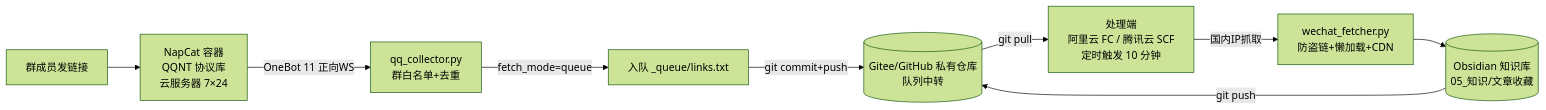
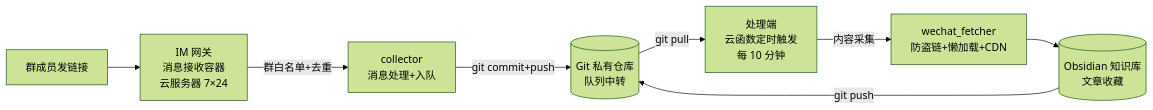
Before and after one commit to Ciphercici/FDE_labkb: the diagram in README.md, drawn with Mermaid (forest theme). The commit also changed other lines of this file and 8 other files, not shown here.

````diff
--- a/README.md
+++ b/README.md
@@ -19,11 +20,10 @@
 ```mermaid
 flowchart LR
-    A[群成员发链接] --> B[NapCat 容器<br/>QQNT 协议库<br/>云服务器 7×24]
-    B -->|OneBot 11 正向WS| C[qq_collector.py<br/>群白名单+去重]
-    C -->|fetch_mode=queue| D[入队 _queue/links.txt]
-    D -->|git commit+push| E[(Gitee/GitHub 私有仓库<br/>队列中转)]
-    E -->|git pull| F[处理端<br/>阿里云 FC / 腾讯云 SCF<br/>定时触发 10 分钟]
-    F -->|国内IP抓取| G[wechat_fetcher.py<br/>防盗链+懒加载+CDN]
-    G --> H[(Obsidian 知识库<br/>05_知识/文章收藏)]
-    H -->|git push| E
+    A[群成员发链接] --> B[IM 网关<br/>消息接收容器<br/>云服务器 7×24]
+    B -->|群白名单+去重| C[collector<br/>消息处理+入队]
+    C -->|git commit+push| D[(Git 私有仓库<br/>队列中转)]
+    D -->|git pull| E[处理端<br/>云函数定时触发<br/>每 10 分钟]
+    E -->|内容采集| F[wechat_fetcher<br/>防盗链+懒加载+CDN]
+    F --> G[(Obsidian 知识库<br/>文章收藏)]
+    G -->|git push| D
 ```
````
